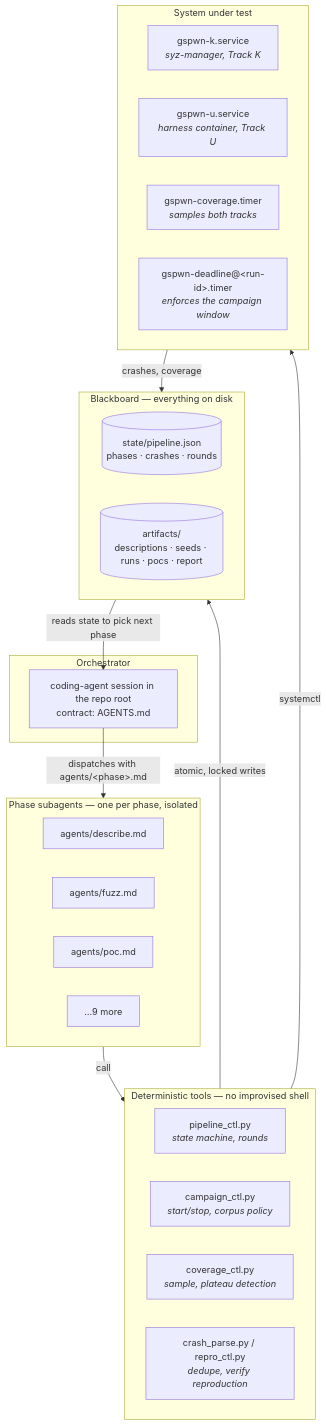
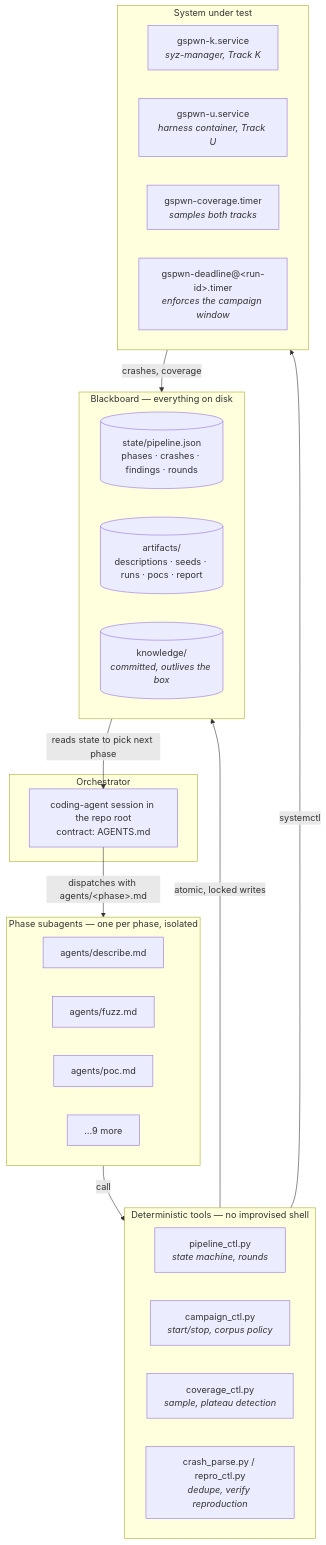
One commit to Indspl0it/gspwn changed the third of 5 diagrams in README.md. Above: the diagram before and after it, drawn with Mermaid. The commit also changed other lines of this file and 12 other files, not shown here.

````diff
--- a/README.md
+++ b/README.md
@@ -188,39 +188,40 @@
 ```mermaid
 flowchart TD
     subgraph L1["Orchestrator"]
         O["coding-agent session in the repo root<br/>contract: AGENTS.md"]
     end
 
     subgraph L2["Phase subagents — one per phase, isolated"]
         A1["agents/describe.md"]
         A2["agents/fuzz.md"]
         A3["agents/poc.md"]
         A4["…9 more"]
     end
 
     subgraph L3["Deterministic tools — no improvised shell"]
         T1["pipeline_ctl.py<br/><i>state machine, rounds</i>"]
         T2["campaign_ctl.py<br/><i>start/stop, corpus policy</i>"]
         T3["coverage_ctl.py<br/><i>sample, plateau detection</i>"]
         T4["crash_parse.py / repro_ctl.py<br/><i>dedupe, verify reproduction</i>"]
     end
 
     subgraph L4["Blackboard — everything on disk"]
-        S1[("state/pipeline.json<br/>phases · crashes · rounds")]
+        S1[("state/pipeline.json<br/>phases · crashes · findings · rounds")]
         S2[("artifacts/<br/>descriptions · seeds · runs · pocs · report")]
+        S3[("knowledge/<br/><i>committed, outlives the box</i>")]
     end
 
     subgraph L5["System under test"]
         F1["gspwn-k.service<br/><i>syz-manager, Track K</i>"]
         F2["gspwn-u.service<br/><i>harness container, Track U</i>"]
         F3["gspwn-coverage.timer<br/><i>samples both tracks</i>"]
         F4["gspwn-deadline@&lt;run-id&gt;.timer<br/><i>enforces the campaign window</i>"]
     end
 
     O -->|"dispatches with agents/&lt;phase&gt;.md"| L2
     L2 -->|"call"| L3
     L3 -->|"atomic, locked writes"| L4
     L3 -->|"systemctl"| L5
     L5 -->|"crashes, coverage"| L4
     L4 -->|"reads state to pick next phase"| O
 ```
````
